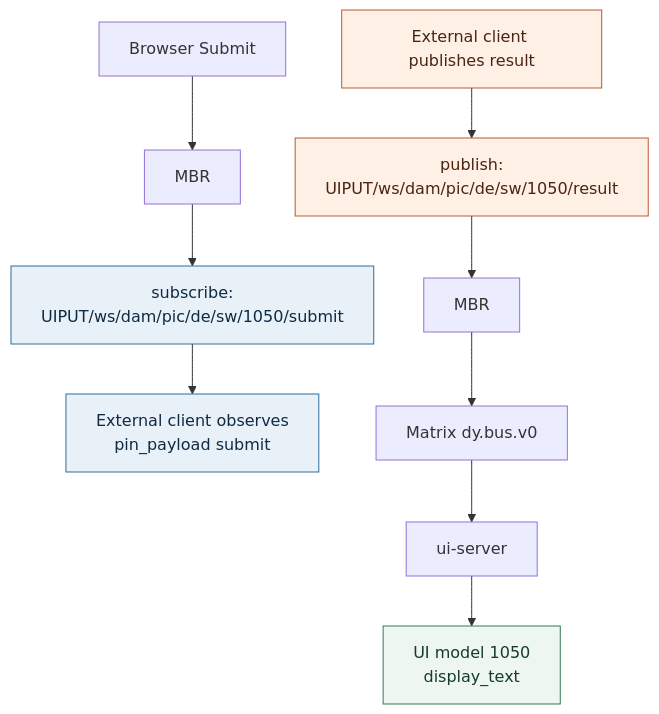
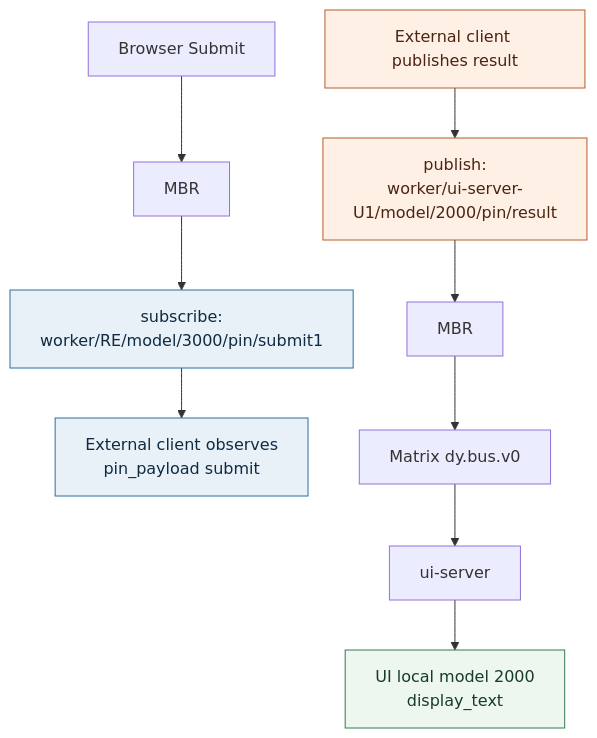
One commit to drooop/dongyu_js_core changed the fourth of 4 diagrams in docs/user-guide/slide-app-runtime/minimal_submit_app_provider_visualized.md. Above: the diagram before and after it, drawn with Mermaid. The commit also changed other lines of this file and 68 other files, not shown here.

````diff
--- a/docs/user-guide/slide-app-runtime/minimal_submit_app_provider_visualized.md
+++ b/docs/user-guide/slide-app-runtime/minimal_submit_app_provider_visualized.md
@@ -87,19 +89,19 @@
 ```mermaid
 flowchart TB
   Browser["Browser Submit"] --> MBR["MBR"]
-  MBR --> SubmitTopic["subscribe:<br/>UIPUT/ws/dam/pic/de/sw/1050/submit"]
+  MBR --> SubmitTopic["subscribe:<br/>worker/RE/model/3000/pin/submit1"]
   SubmitTopic --> Observer["External client observes<br/>pin_payload submit"]
 
-  External["External client publishes result"] --> ResultTopic["publish:<br/>UIPUT/ws/dam/pic/de/sw/1050/result"]
+  External["External client publishes result"] --> ResultTopic["publish:<br/>worker/ui-server-U1/model/2000/pin/result"]
   ResultTopic --> MBR2["MBR"]
   MBR2 --> Matrix["Matrix dy.bus.v0"]
   Matrix --> UIServer["ui-server"]
-  UIServer --> UI["UI model 1050<br/>display_text"]
+  UIServer --> UI["UI local model 2000<br/>display_text"]
 
   classDef observe fill:#e8f1f8,stroke:#2b6f9f,color:#102a43;
   classDef publish fill:#fff0e6,stroke:#b35d2e,color:#4b2412;
   classDef ui fill:#edf7ef,stroke:#357a54,color:#173b2b;
   class SubmitTopic,Observer observe;
   class External,ResultTopic publish;
   class UI ui;
 ```
````
